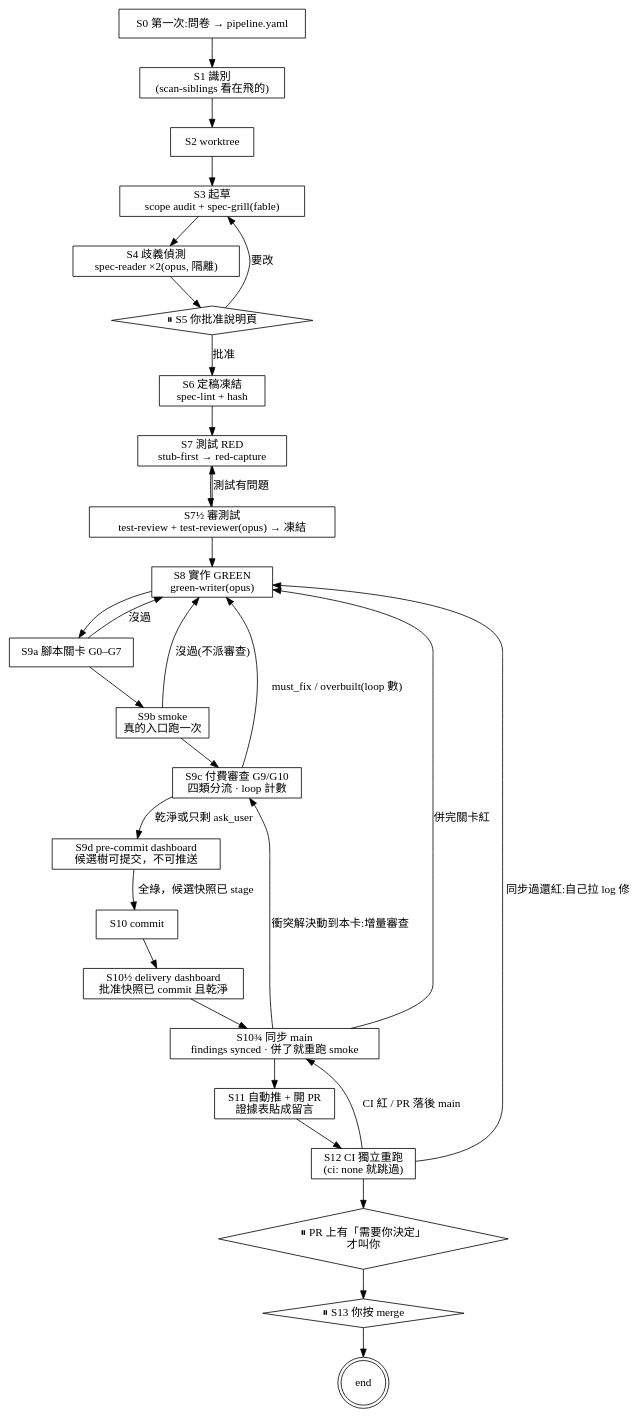
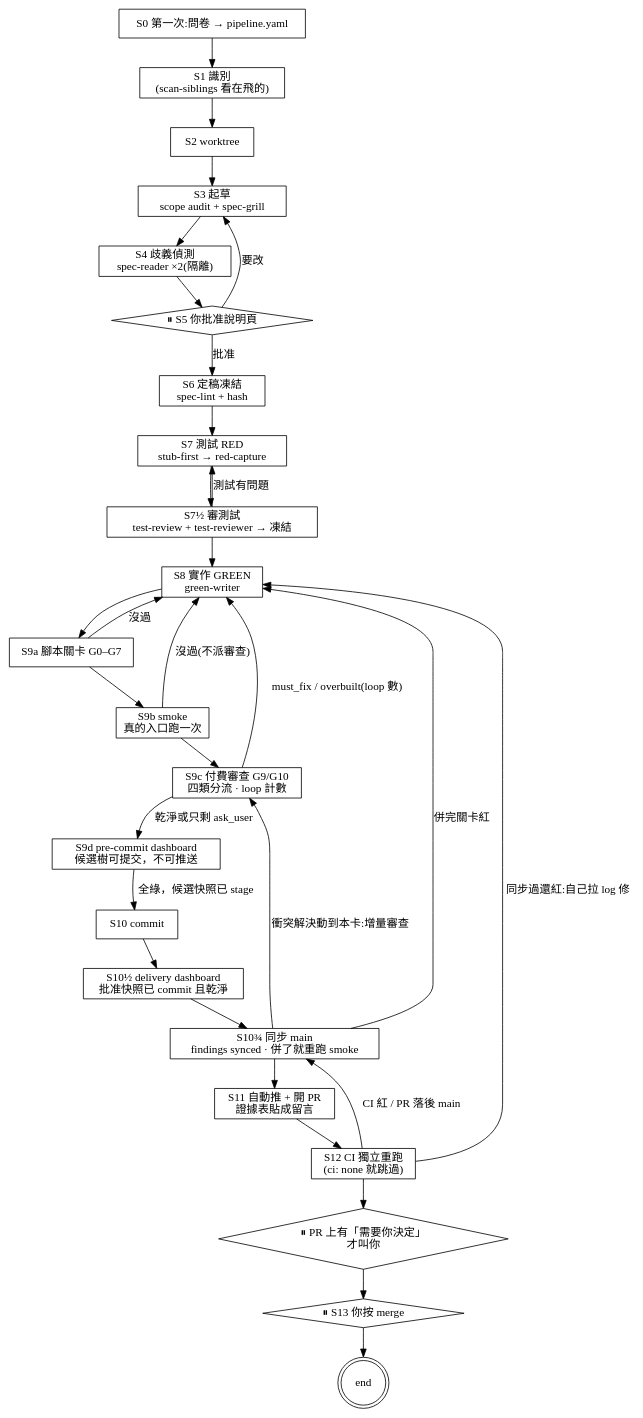
The diagram in skills/workflow-orchestrator/SKILL.md (Chiao75543/claude-workflow), drawn with Graphviz before and after one commit. The commit also changed other lines of this file and 13 other files, not shown here.

````diff
--- a/skills/workflow-orchestrator/SKILL.md
+++ b/skills/workflow-orchestrator/SKILL.md
@@ -99,42 +99,42 @@
 ```dot
 digraph workflow {
   s0 [shape=box, label="S0 第一次:問卷 → pipeline.yaml"];
   s1 [shape=box, label="S1 識別\n(scan-siblings 看在飛的)"];
   s2 [shape=box, label="S2 worktree"];
-  s3 [shape=box, label="S3 起草\nscope audit + spec-grill(fable)"];
-  s4 [shape=box, label="S4 歧義偵測\nspec-reader ×2(opus, 隔離)"];
+  s3 [shape=box, label="S3 起草\nscope audit + spec-grill"];
+  s4 [shape=box, label="S4 歧義偵測\nspec-reader ×2(隔離)"];
   s5 [shape=diamond, label="⏸ S5 你批准說明頁"];
   s6 [shape=box, label="S6 定稿凍結\nspec-lint + hash"];
   s7 [shape=box, label="S7 測試 RED\nstub-first → red-capture"];
-  s7b [shape=box, label="S7½ 審測試\ntest-review + test-reviewer(opus) → 凍結"];
-  s8 [shape=box, label="S8 實作 GREEN\ngreen-writer(opus)"];
+  s7b [shape=box, label="S7½ 審測試\ntest-review + test-reviewer → 凍結"];
+  s8 [shape=box, label="S8 實作 GREEN\ngreen-writer"];
   s9a [shape=box, label="S9a 腳本關卡 G0–G7"];
   s9b [shape=box, label="S9b smoke\n真的入口跑一次"];
   s9c [shape=box, label="S9c 付費審查 G9/G10\n四類分流 · loop 計數"];
   precommit [shape=box, label="S9d pre-commit dashboard\n候選樹可提交，不可推送"];
   s10 [shape=box, label="S10 commit"];
   delivery [shape=box, label="S10½ delivery dashboard\n批准快照已 commit 且乾淨"];
   sync [shape=box, label="S10¾ 同步 main\nfindings synced · 併了就重跑 smoke"];
   s11 [shape=box, label="S11 自動推 + 開 PR\n證據表貼成留言"];
   s12 [shape=box, label="S12 CI 獨立重跑\n(ci: none 就跳過)"];
   s13a [shape=diamond, label="⏸ PR 上有「需要你決定」\n才叫你"];
   s13 [shape=diamond, label="⏸ S13 你按 merge"];
   done [shape=doublecircle, label="end"];
 
   s0 -> s1 -> s2 -> s3 -> s4 -> s5;
   s5 -> s3 [label="要改"];
   s5 -> s6 [label="批准"];
   s6 -> s7 -> s7b -> s8 -> s9a -> s9b -> s9c;
   s7b -> s7 [label="測試有問題"];
   s9a -> s8 [label="沒過"];
   s9b -> s8 [label="沒過(不派審查)"];
   s9c -> s8 [label="must_fix / overbuilt(loop 數)"];
   s9c -> precommit [label="乾淨或只剩 ask_user"];
   precommit -> s10 [label="全綠，候選快照已 stage"];
   s10 -> delivery -> sync -> s11 -> s12 -> s13a -> s13 -> done;
   sync -> s9c [label="衝突解決動到本卡:增量審查"];
   sync -> s8 [label="併完關卡紅"];
   s12 -> sync [label="CI 紅 / PR 落後 main"];
   s12 -> s8 [label="同步過還紅:自己拉 log 修"];
 }
 ```
````
